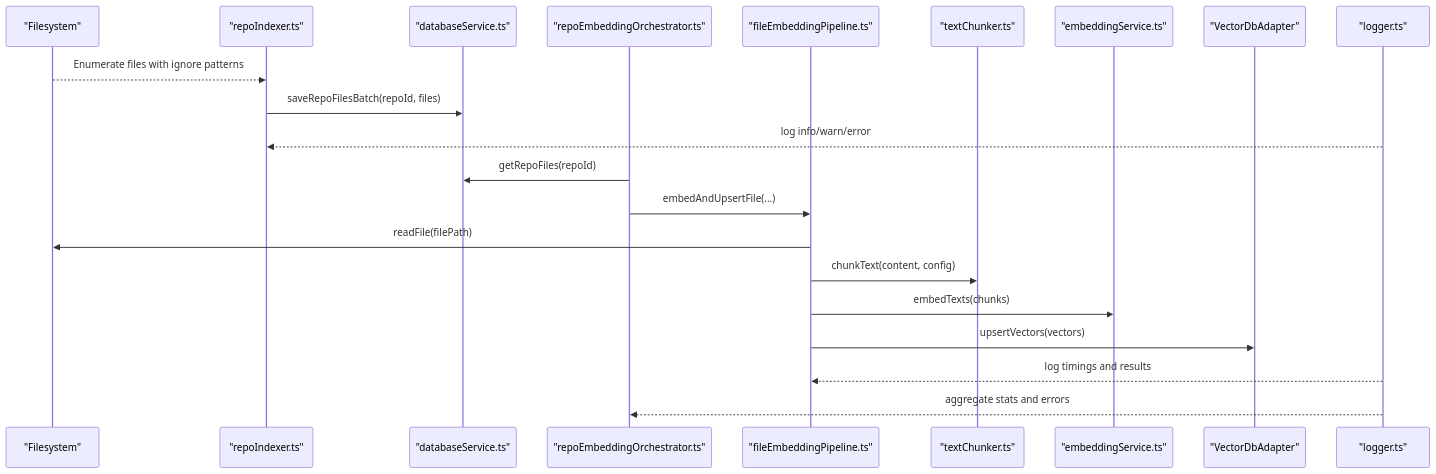
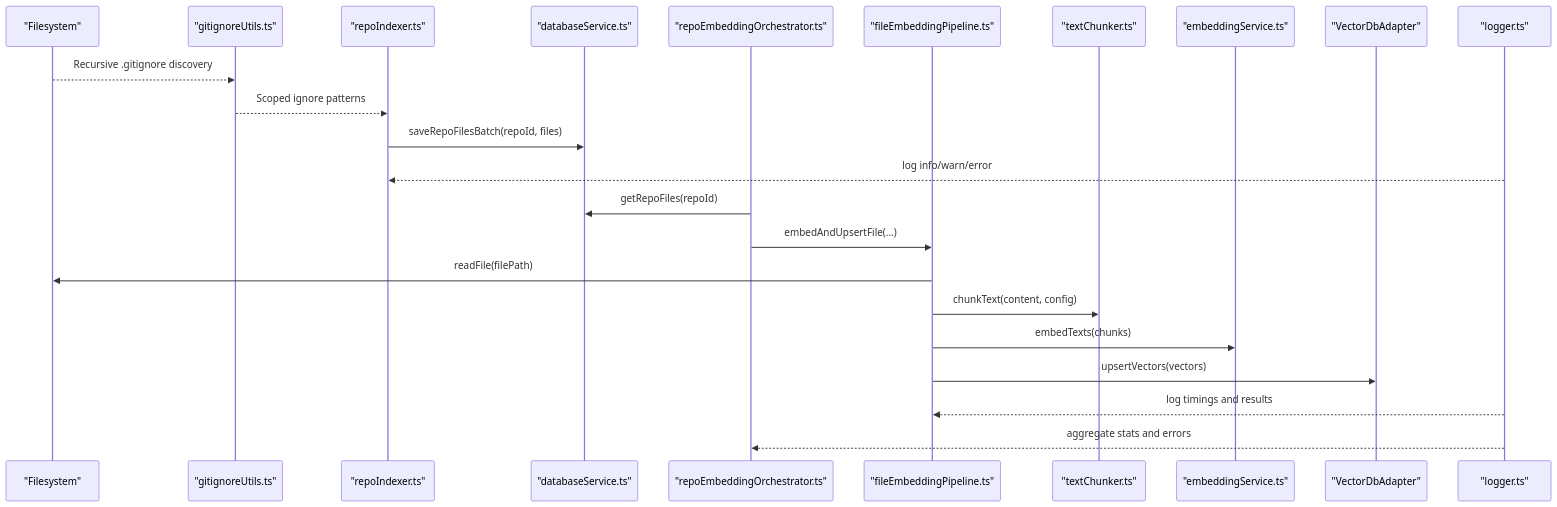
The second of 10 diagrams in .qoder/repowiki/en/content/Indexing and Search System/Repository Indexing and Monitoring.md (bramburn/repomix-runner), drawn with Mermaid before and after one commit. The commit also changed other lines of this file and 41 other files, not shown here.

````diff
--- a/.qoder/repowiki/en/content/Indexing and Search System/Repository Indexing and Monitoring.md
+++ b/.qoder/repowiki/en/content/Indexing and Search System/Repository Indexing and Monitoring.md
@@ -155,23 +170,25 @@
 ```mermaid
 sequenceDiagram
 participant FS as "Filesystem"
+participant GI as "gitignoreUtils.ts"
 participant IDX as "repoIndexer.ts"
 participant DB as "databaseService.ts"
 participant ORCH as "repoEmbeddingOrchestrator.ts"
 participant PIPE as "fileEmbeddingPipeline.ts"
 participant CHUNK as "textChunker.ts"
 participant EMB as "embeddingService.ts"
 participant ADP as "VectorDbAdapter"
 participant LOG as "logger.ts"
-FS-->>IDX : Enumerate files with ignore patterns
+FS-->>GI : Recursive .gitignore discovery
+GI-->>IDX : Scoped ignore patterns
 IDX->>DB : saveRepoFilesBatch(repoId, files)
 LOG-->>IDX : log info/warn/error
 ORCH->>DB : getRepoFiles(repoId)
 ORCH->>PIPE : embedAndUpsertFile(...)
 PIPE->>FS : readFile(filePath)
 PIPE->>CHUNK : chunkText(content, config)
 PIPE->>EMB : embedTexts(chunks)
 PIPE->>ADP : upsertVectors(vectors)
 LOG-->>PIPE : log timings and results
 LOG-->>ORCH : aggregate stats and errors
 ```
````
